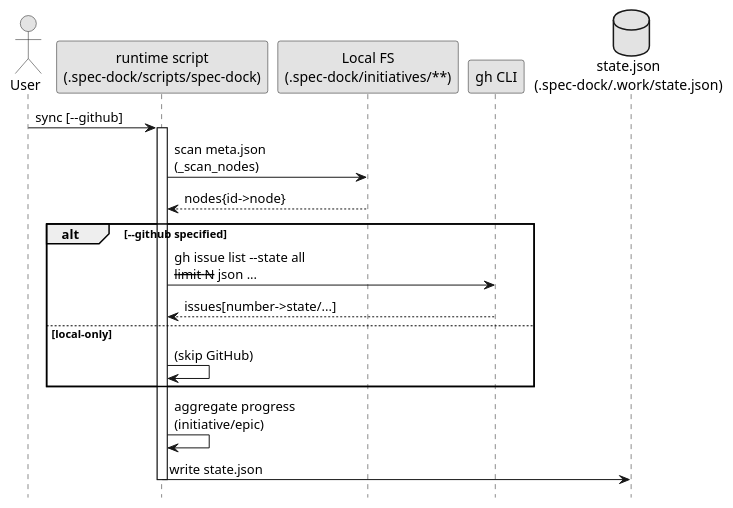
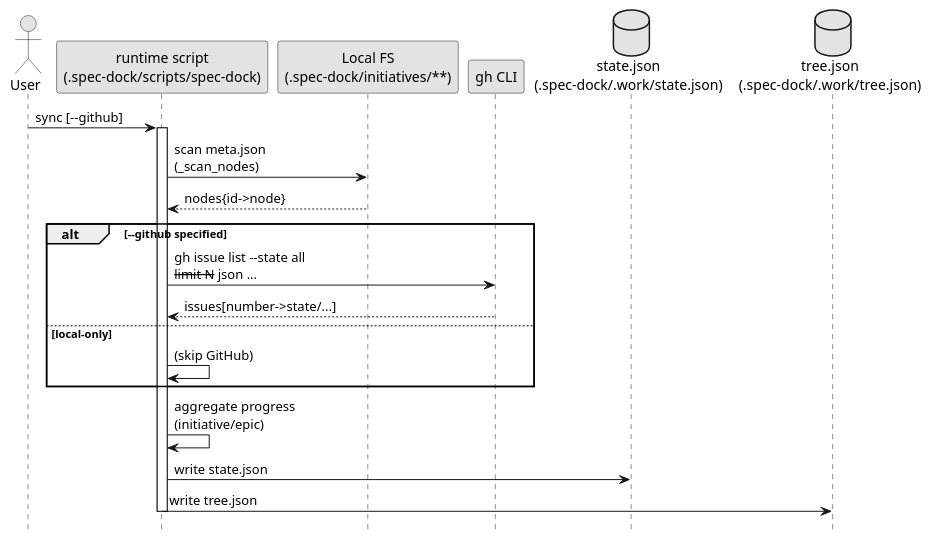
The diagram in src/spec_dock/assets/spec_dock/docs/sync.md (chemitaro/spec-dock), drawn with PlantUML before and after one commit. The commit also changed other lines of this file and 7 other files, not shown here.

Commit message:
feat(sync): tree.json を生成して人向けツリーを追加 - `.spec-dock/.work/tree.json` のスキーマと生成を script で実装し state.json を index 扱いに整理 - 同内容をドキュメント群に反映して tree.json の構造と生成意図を記載 - CLI テストを拡張し tree.json の存在と構造を確認

````diff
--- a/src/spec_dock/assets/spec_dock/docs/sync.md
+++ b/src/spec_dock/assets/spec_dock/docs/sync.md
@@ -38,30 +42,32 @@
 ```plantuml
 @startuml
 skinparam monochrome true
 hide footbox
 
 actor User
 participant "runtime script\n(.spec-dock/scripts/spec-dock)" as Script
 participant "Local FS\n(.spec-dock/initiatives/**)" as FS
 participant "gh CLI" as GH
 database "state.json\n(.spec-dock/.work/state.json)" as State
+database "tree.json\n(.spec-dock/.work/tree.json)" as Tree
 
 User -> Script: sync [--github]
 activate Script
 
 Script -> FS: scan meta.json\n(_scan_nodes)
 FS --> Script: nodes{id->node}
 
 alt --github specified
   Script -> GH: gh issue list --state all\n--limit N --json ...
   GH --> Script: issues[number->state/...]
 else local-only
   Script -> Script: (skip GitHub)
 end
 
 Script -> Script: aggregate progress\n(initiative/epic)
 Script -> State: write state.json
+Script -> Tree: write tree.json
 
 deactivate Script
 @enduml
 ```
````
